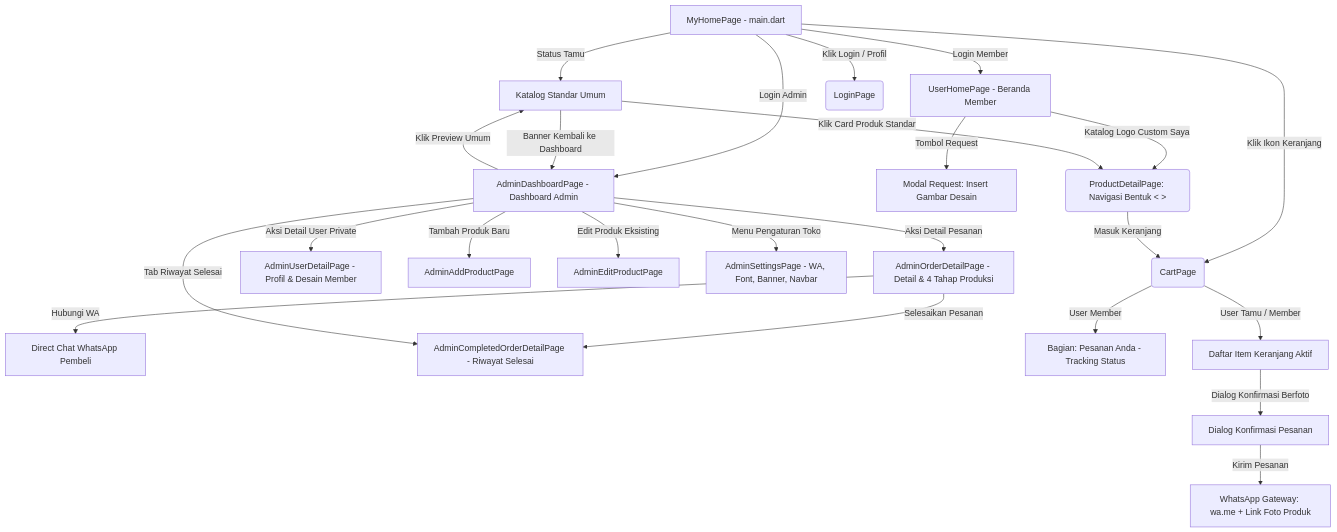
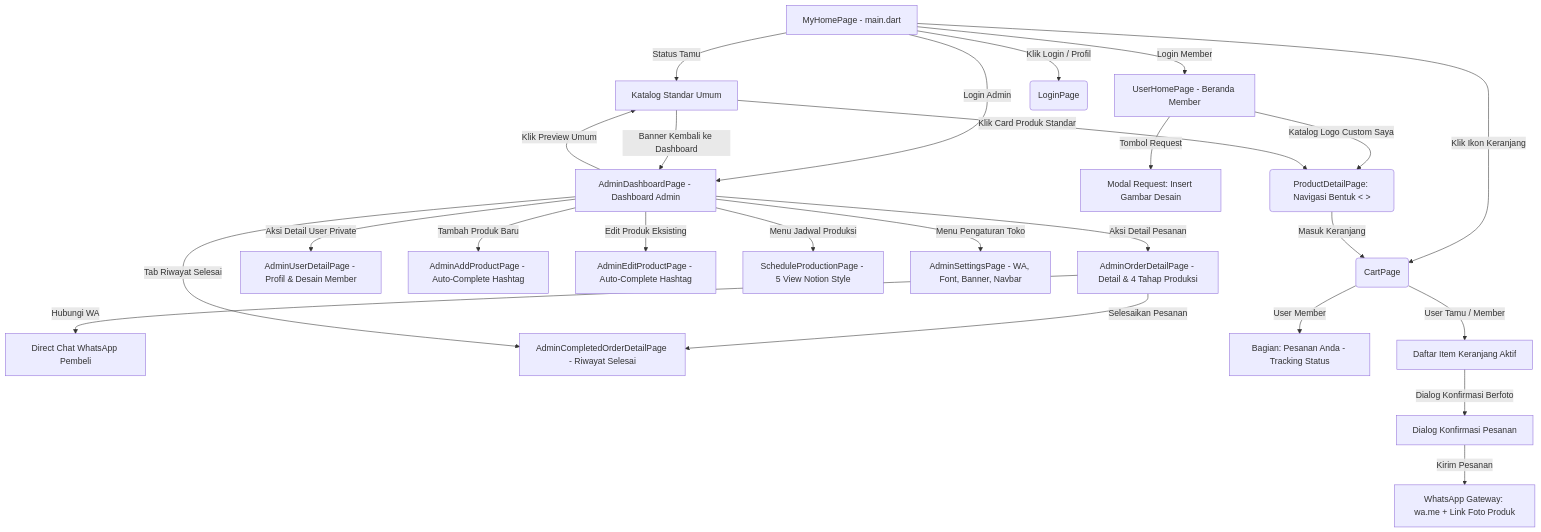
One commit to Dav2257/katalog changed the diagram in dokumen/frontend/arsitektur_ui.md. Above: the diagram before and after it, drawn with Mermaid. The commit also changed other lines of this file and 21 other files, not shown here.

````diff
--- a/dokumen/frontend/arsitektur_ui.md
+++ b/dokumen/frontend/arsitektur_ui.md
@@ -171,31 +195,32 @@
 ```mermaid
 graph TD
     A[MyHomePage - main.dart] -->|Status Tamu| A1[Katalog Standar Umum]
     A -->|Login Member| A2[UserHomePage - Beranda Member]
     A -->|Login Admin| AD[AdminDashboardPage - Dashboard Admin]
     
     AD -->|Klik Preview Umum| A1
     A1 -->|Banner Kembali ke Dashboard| AD
 
     AD -->|Aksi Detail Pesanan| O1[AdminOrderDetailPage - Detail & 4 Tahap Produksi]
     O1 -->|Hubungi WA| WA1[Direct Chat WhatsApp Pembeli]
     O1 -->|Selesaikan Pesanan| O2[AdminCompletedOrderDetailPage - Riwayat Selesai]
     AD -->|Tab Riwayat Selesai| O2
     AD -->|Aksi Detail User Private| U1[AdminUserDetailPage - Profil & Desain Member]
-    AD -->|Tambah Produk Baru| P1[AdminAddProductPage]
-    AD -->|Edit Produk Eksisting| P2[AdminEditProductPage]
+    AD -->|Tambah Produk Baru| P1[AdminAddProductPage - Auto-Complete Hashtag]
+    AD -->|Edit Produk Eksisting| P2[AdminEditProductPage - Auto-Complete Hashtag]
+    AD -->|Menu Jadwal Produksi| SC[ScheduleProductionPage - 5 View Notion Style]
     AD -->|Menu Pengaturan Toko| S1[AdminSettingsPage - WA, Font, Banner, Navbar]
 
     A2 -->|Tombol Request| R[Modal Request: Insert Gambar Desain]
     A2 -->|Katalog Logo Custom Saya| D(ProductDetailPage: Navigasi Bentuk < >)
     A1 -->|Klik Card Produk Standar| D
     
     A -->|Klik Ikon Keranjang| B(CartPage)
     B -->|User Member| B1[Bagian: Pesanan Anda - Tracking Status]
     B -->|User Tamu / Member| B2[Daftar Item Keranjang Aktif]
     
     A -->|Klik Login / Profil| C(LoginPage)
     D -->|Masuk Keranjang| B
     B2 -->|Dialog Konfirmasi Berfoto| CF[Dialog Konfirmasi Pesanan]
     CF -->|Kirim Pesanan| E[WhatsApp Gateway: wa.me + Link Foto Produk]
 ```
````
